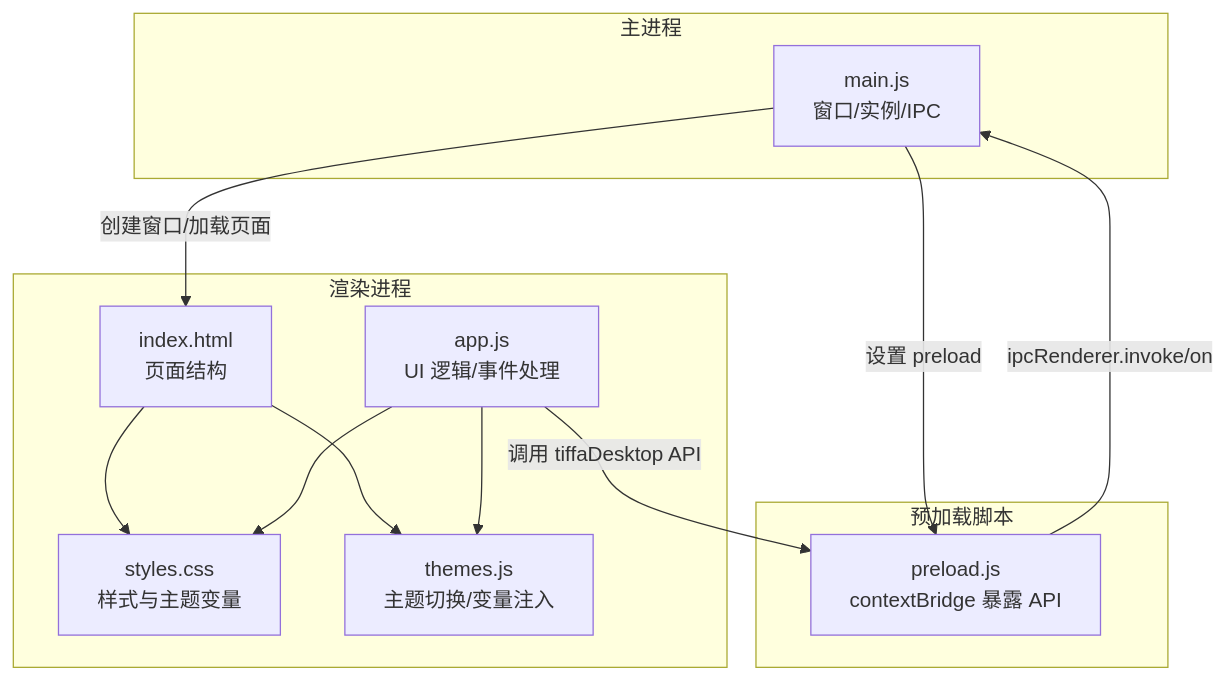
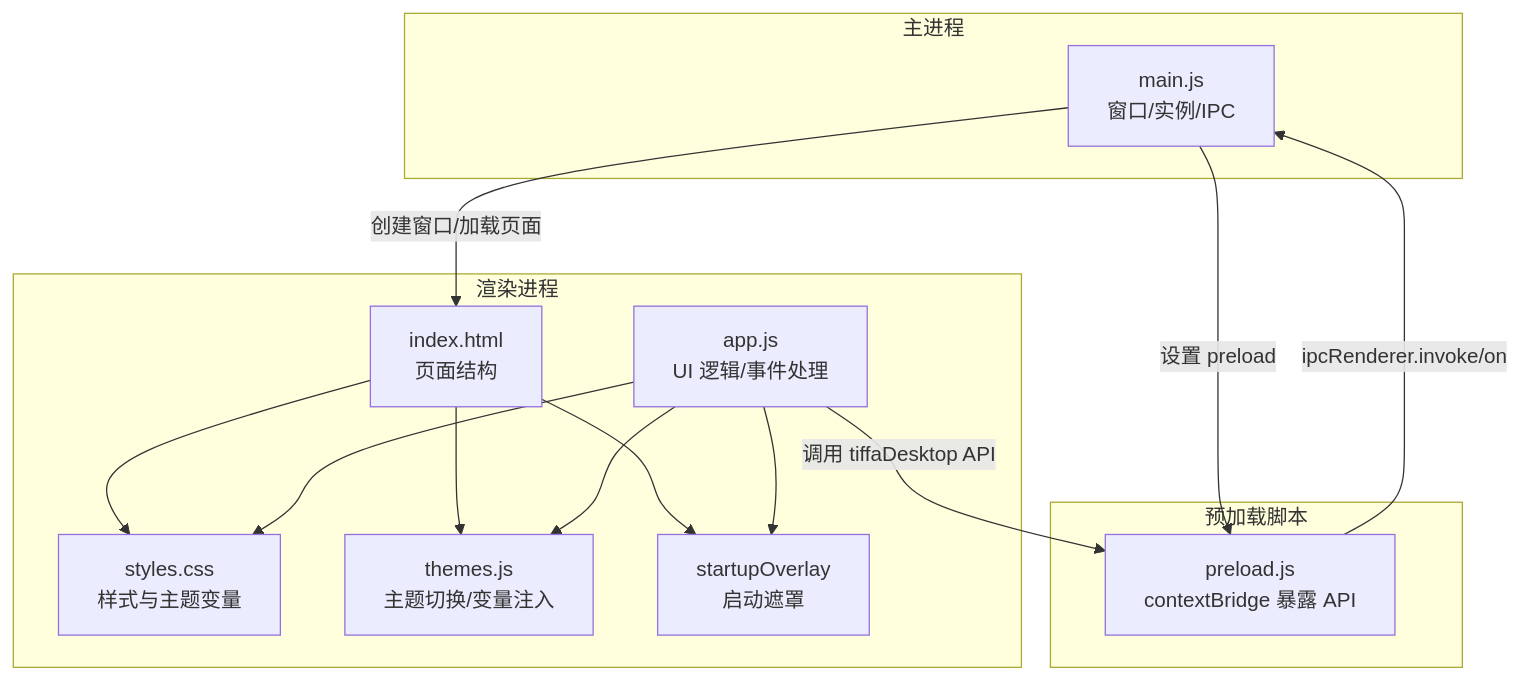
One commit to swond-Mao/Tiffa changed the first of 8 diagrams in .qoder/repowiki/zh/content/核心架构/Electron应用架构.md. Above: the diagram before and after it, drawn with Mermaid. The commit also changed other lines of this file and 359 other files, not shown here.

````diff
--- a/.qoder/repowiki/zh/content/核心架构/Electron应用架构.md
+++ b/.qoder/repowiki/zh/content/核心架构/Electron应用架构.md
@@ -42,23 +52,26 @@
 ```mermaid
 graph TB
 subgraph "主进程"
 M["main.js<br/>窗口/实例/IPC"]
 end
 subgraph "预加载脚本"
 P["preload.js<br/>contextBridge 暴露 API"]
 end
 subgraph "渲染进程"
 R["app.js<br/>UI 逻辑/事件处理"]
 H["index.html<br/>页面结构"]
 S["styles.css<br/>样式与主题变量"]
 T["themes.js<br/>主题切换/变量注入"]
+O["startupOverlay<br/>启动遮罩"]
 end
 M --> |创建窗口/加载页面| H
 M --> |设置 preload| P
 P --> |ipcRenderer.invoke/on| M
 R --> |调用 tiffaDesktop API| P
 H --> S
 H --> T
+H --> O
 R --> S
 R --> T
+R --> O
 ```
````
